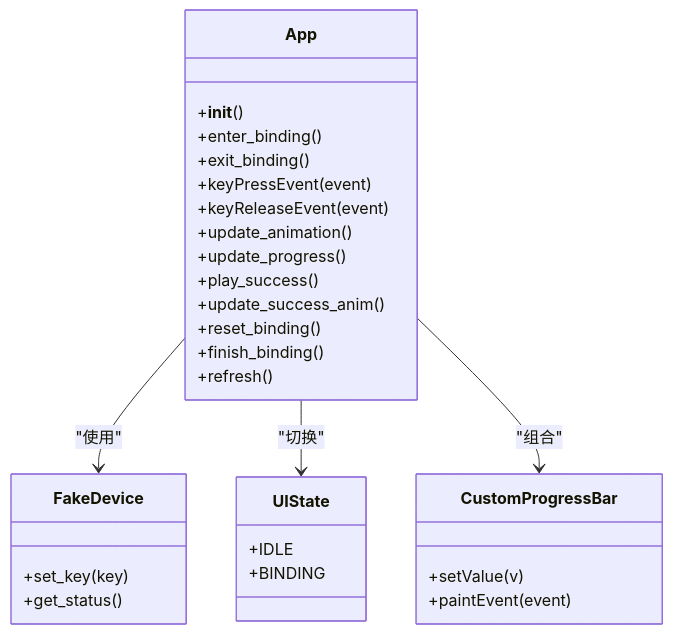
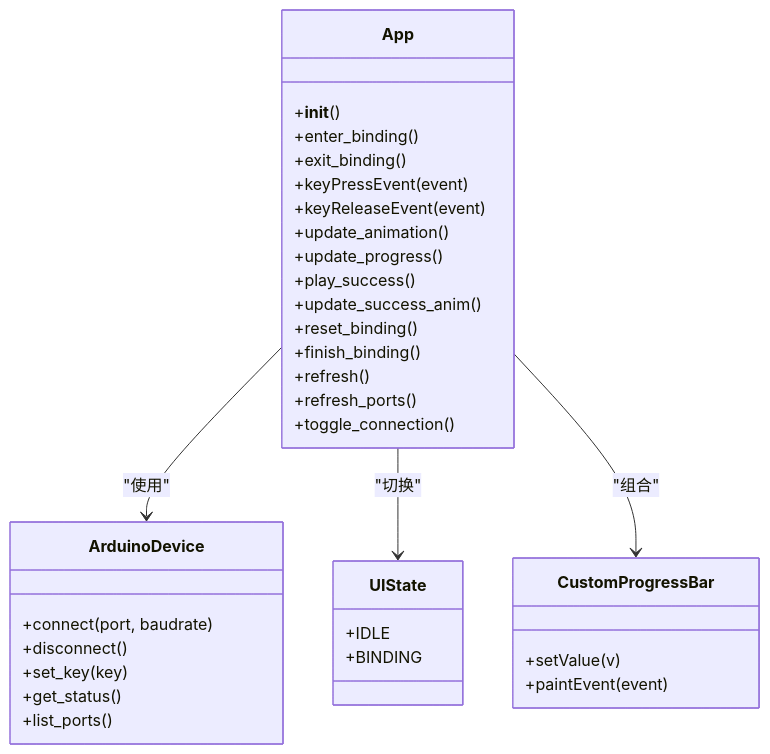
The third of 9 diagrams in .qoder/repowiki/zh/content/桌面应用架构/桌面应用架构.md (Hankun-P/wireless-keyboard-toy), drawn with Mermaid before and after one commit. The commit also changed other lines of this file and 11 other files, not shown here.

````diff
--- a/.qoder/repowiki/zh/content/桌面应用架构/桌面应用架构.md
+++ b/.qoder/repowiki/zh/content/桌面应用架构/桌面应用架构.md
@@ -169,32 +181,37 @@
 ```mermaid
 classDiagram
 class App {
 +__init__()
 +enter_binding()
 +exit_binding()
 +keyPressEvent(event)
 +keyReleaseEvent(event)
 +update_animation()
 +update_progress()
 +play_success()
 +update_success_anim()
 +reset_binding()
 +finish_binding()
 +refresh()
++refresh_ports()
++toggle_connection()
 }
-class FakeDevice {
+class ArduinoDevice {
++connect(port, baudrate)
++disconnect()
 +set_key(key)
 +get_status()
++list_ports()
 }
 class UIState {
 +IDLE
 +BINDING
 }
 class CustomProgressBar {
 +setValue(v)
 +paintEvent(event)
 }
-App --> FakeDevice : "使用"
+App --> ArduinoDevice : "使用"
 App --> UIState : "切换"
 App --> CustomProgressBar : "组合"
 ```
````
